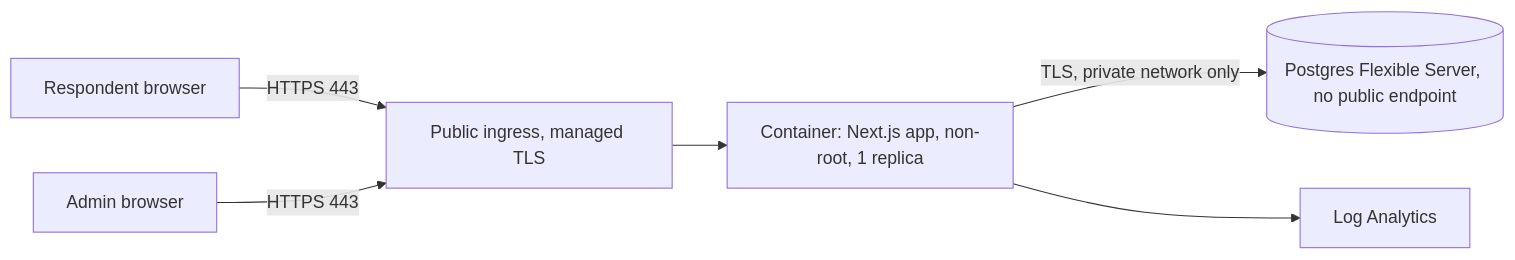
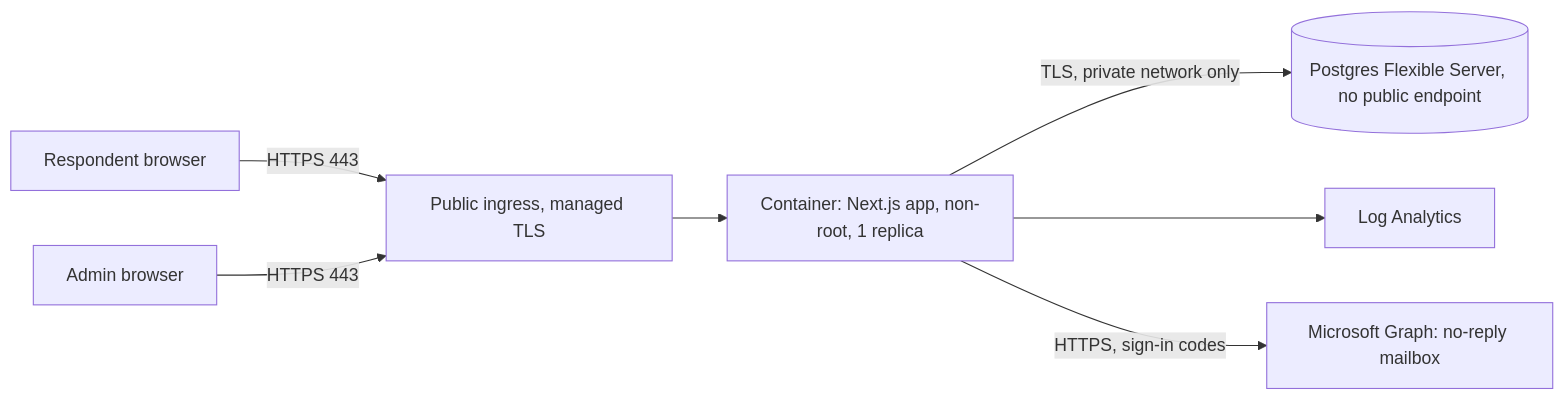
One commit to aladyinsane/survey-host-poc changed the diagram in docs/it-requirements.md. Above: the diagram before and after it, drawn with Mermaid. The commit also changed other lines of this file and 47 other files, not shown here.

````diff
--- a/docs/it-requirements.md
+++ b/docs/it-requirements.md
@@ -16,8 +16,9 @@
 ```mermaid
 flowchart LR
   R[Respondent browser] -->|HTTPS 443| I[Public ingress, managed TLS]
   A[Admin browser] -->|HTTPS 443| I
   I --> C[Container: Next.js app, non-root, 1 replica]
   C -->|TLS, private network only| P[(Postgres Flexible Server, no public endpoint)]
   C --> L[Log Analytics]
+  C -->|HTTPS, sign-in codes| G[Microsoft Graph: no-reply mailbox]
 ```
````
